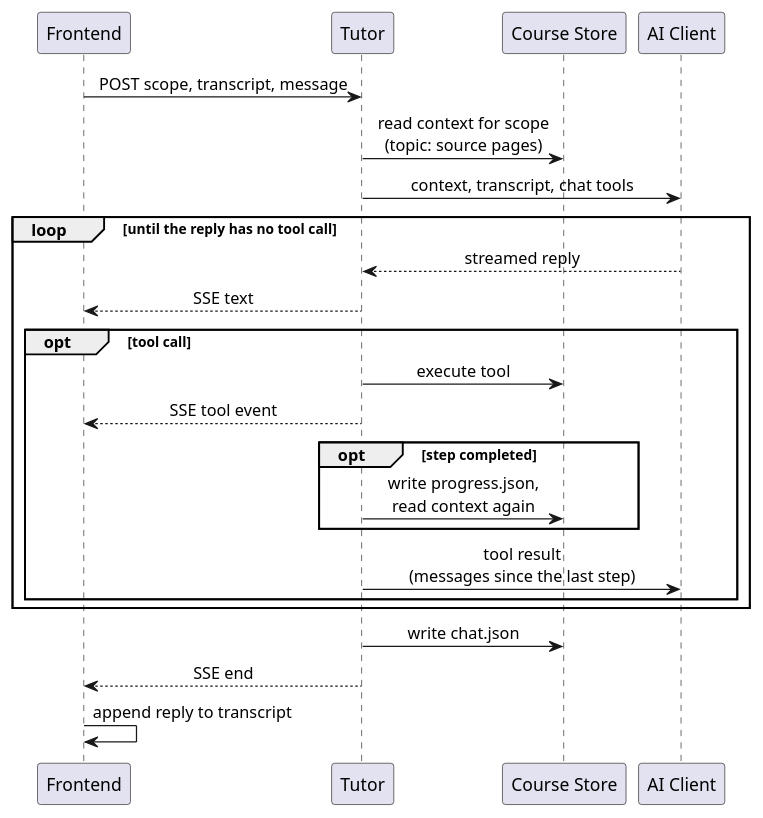
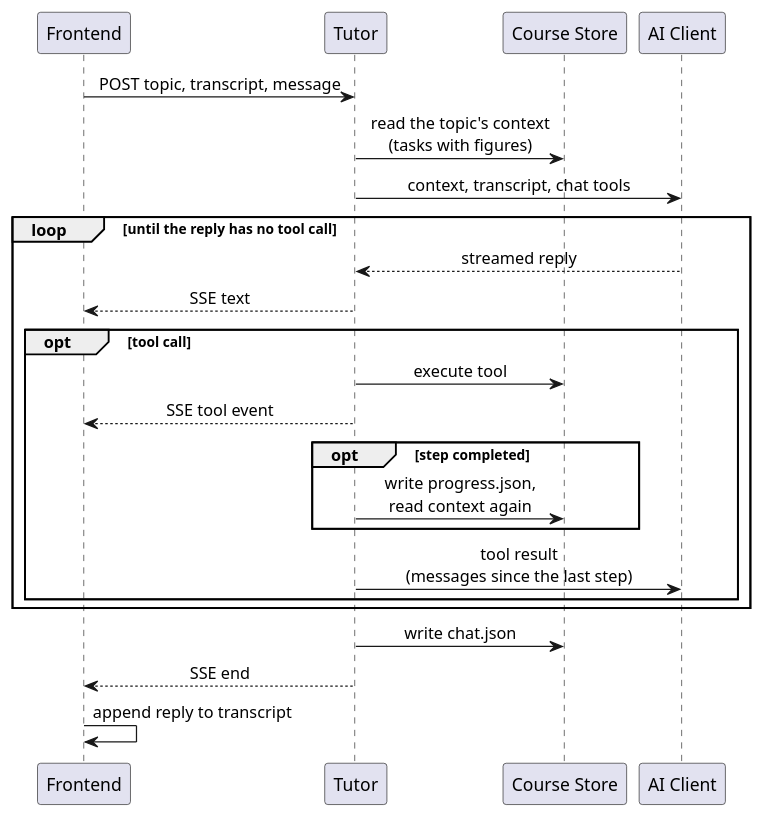
One commit to leon-hrk/iknownothing changed the diagram in docs/arc42/diagrams/runtime-chat-message.puml. Above: the diagram before and after it, drawn with PlantUML. The commit also changed 30 other files, not shown here.

```diff
--- a/docs/arc42/diagrams/runtime-chat-message.puml
+++ b/docs/arc42/diagrams/runtime-chat-message.puml
@@ -1,30 +1,30 @@
 @startuml
 skinparam shadowing false
 skinparam defaultTextAlignment center
 
 participant "Frontend" as frontend
 participant "Tutor" as tutor
 participant "Course Store" as store
 participant "AI Client" as ai
 
-frontend -> tutor : POST scope, transcript, message
-tutor -> store : read context for scope\n(topic: source pages)
+frontend -> tutor : POST topic, transcript, message
+tutor -> store : read the topic's context\n(tasks with figures)
 tutor -> ai : context, transcript, chat tools
 
 loop until the reply has no tool call
   ai --> tutor : streamed reply
   tutor --> frontend : SSE text
   opt tool call
     tutor -> store : execute tool
     tutor --> frontend : SSE tool event
     opt step completed
       tutor -> store : write progress.json,\nread context again
     end
     tutor -> ai : tool result\n(messages since the last step)
   end
 end
 
 tutor -> store : write chat.json
 tutor --> frontend : SSE end
 frontend -> frontend : append reply to transcript
 @enduml
```
